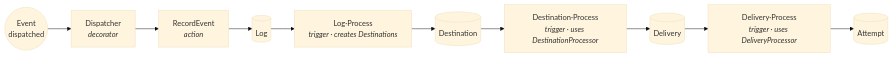
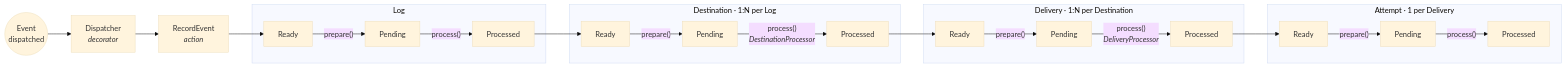
One commit to AryeoHQ/event-log changed the first of 2 diagrams in README.md. Above: the diagram before and after it, drawn with Mermaid (base theme).

````diff
--- a/README.md
+++ b/README.md
@@ -5,13 +5,37 @@
 ```mermaid
 flowchart LR
     Event(("Event<br/>dispatched"))
     --> Dispatcher["Dispatcher<br/><i>decorator</i>"]
     --> RecordEvent["RecordEvent<br/><i>action</i>"]
-    --> Log[("Log")]
-    --> LogProcess["Log·Process<br/><i>trigger · creates Destinations</i>"]
-    --> Destination[("Destination")]
-    --> DestProcess["Destination·Process<br/><i>trigger · uses DestinationProcessor</i>"]
-    --> Delivery[("Delivery")]
-    --> DelProcess["Delivery·Process<br/><i>trigger · uses DeliveryProcessor</i>"]
-    --> Attempt[("Attempt")]
+    --> LogReady
+
+    subgraph Log ["Log"]
+        LogReady["Ready"]
+        -- "prepare()" --> LogPending["Pending"]
+        -- "process()" --> LogProcessed["Processed"]
+    end
+
+    LogProcessed --> DestReady
+
+    subgraph Destination ["Destination · 1:N per Log"]
+        DestReady["Ready"]
+        -- "prepare()" --> DestPending["Pending"]
+        -- "process()<br/><i>DestinationProcessor</i>" --> DestProcessed["Processed"]
+    end
+
+    DestProcessed --> DelReady
+
+    subgraph Delivery ["Delivery · 1:N per Destination"]
+        DelReady["Ready"]
+        -- "prepare()" --> DelPending["Pending"]
+        -- "process()<br/><i>DeliveryProcessor</i>" --> DelProcessed["Processed"]
+    end
+
+    DelProcessed --> AttReady
+
+    subgraph Attempt ["Attempt · 1 per Delivery"]
+        AttReady["Ready"]
+        -- "prepare()" --> AttPending["Pending"]
+        -- "process()" --> AttProcessed["Processed"]
+    end
 ```
````
